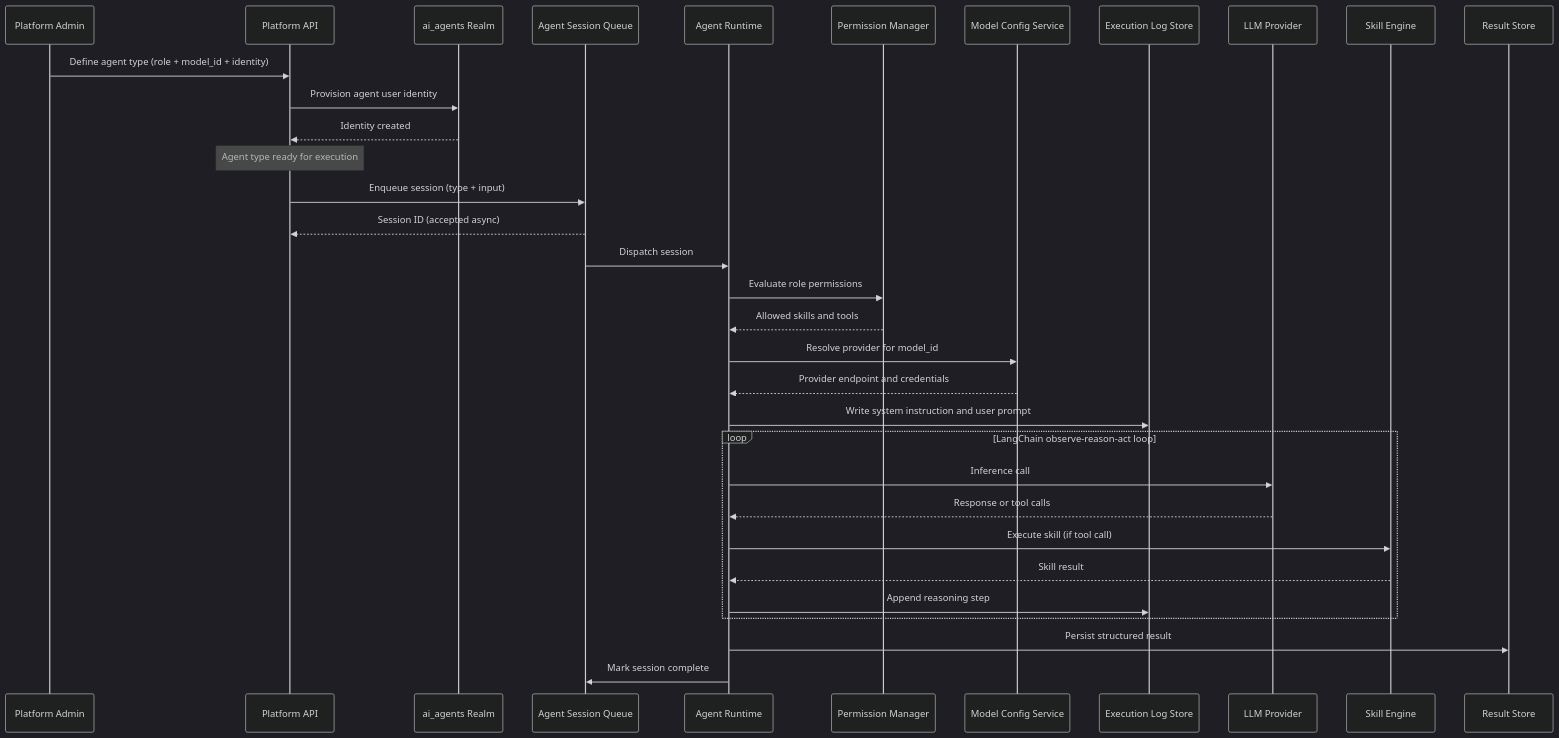
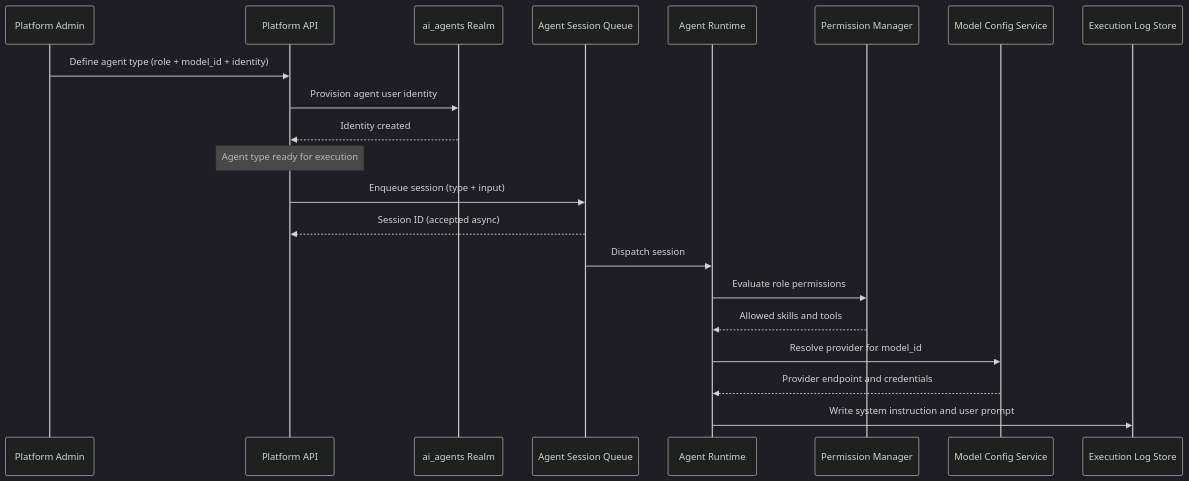
The first of 3 diagrams in docs/master/architecture/modules/agent-lifecycle.md (hurungang/parthenon), drawn with Mermaid (dark theme) before and after one commit. The commit also changed 58 other files, not shown here.

````diff
--- a/docs/master/architecture/modules/agent-lifecycle.md
+++ b/docs/master/architecture/modules/agent-lifecycle.md
@@ -9,37 +9,25 @@
 ```mermaid
 sequenceDiagram
     participant Admin as Platform Admin
     participant API as Platform API
     participant IdP as ai_agents Realm
     participant AJQ as Agent Session Queue
     participant AR as Agent Runtime
     participant APM as Permission Manager
     participant MCS as Model Config Service
     participant ELS as Execution Log Store
-    participant LLM as LLM Provider
-    participant SE as Skill Engine
-    participant RS as Result Store
 
     Admin->>API: Define agent type (role + model_id + identity)
     API->>IdP: Provision agent user identity
     IdP-->>API: Identity created
     Note over API: Agent type ready for execution
 
     API->>AJQ: Enqueue session (type + input)
     AJQ-->>API: Session ID (accepted async)
     AJQ->>AR: Dispatch session
     AR->>APM: Evaluate role permissions
     APM-->>AR: Allowed skills and tools
     AR->>MCS: Resolve provider for model_id
     MCS-->>AR: Provider endpoint and credentials
     AR->>ELS: Write system instruction and user prompt
-    loop LangChain observe-reason-act loop
-        AR->>LLM: Inference call
-        LLM-->>AR: Response or tool calls
-        AR->>SE: Execute skill (if tool call)
-        SE-->>AR: Skill result
-        AR->>ELS: Append reasoning step
-    end
-    AR->>RS: Persist structured result
-    AR->>AJQ: Mark session complete
 ```
````
